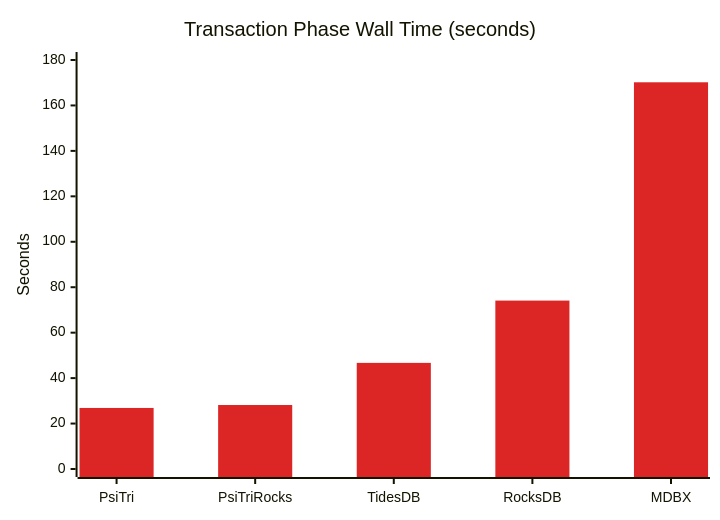
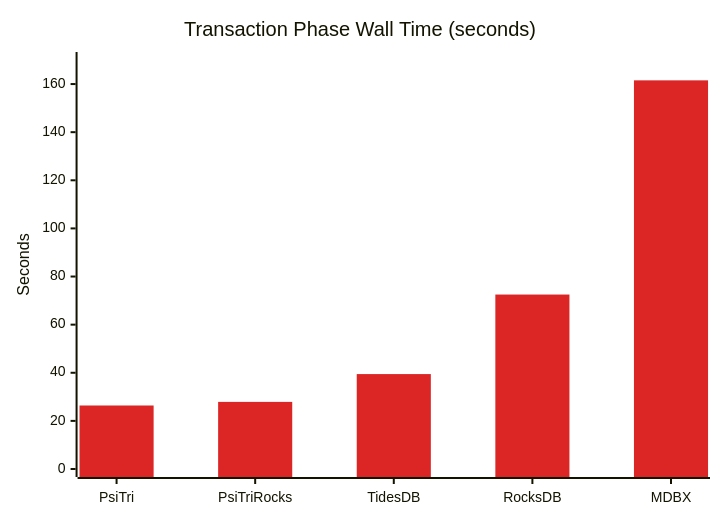
One commit to gofractally/arbtrie changed the third of 6 diagrams in programs/BANK_BENCHMARK.md. Above: the diagram before and after it, drawn with Mermaid. The commit also changed other lines of this file and 9 other files, not shown here.

````diff
--- a/programs/BANK_BENCHMARK.md
+++ b/programs/BANK_BENCHMARK.md
@@ -120,8 +120,8 @@
 ```mermaid
 %%{init: {'theme': 'base', 'themeVariables': {'xyChart': {'plotColorPalette': '#DC2626'}}}}%%
 xychart-beta
     title "Transaction Phase Wall Time (seconds)"
     x-axis ["PsiTri", "PsiTriRocks", "TidesDB", "RocksDB", "MDBX"]
-    y-axis "Seconds" 0 --> 180
-    bar [26.869, 28.159, 46.702, 74.122, 170.193]
+    y-axis "Seconds" 0 --> 170
+    bar [26.396, 27.894, 39.456, 72.513, 161.544]
 ```
````
